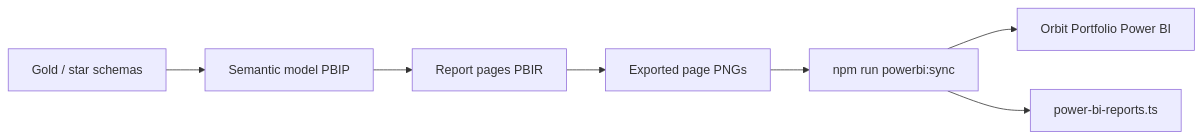
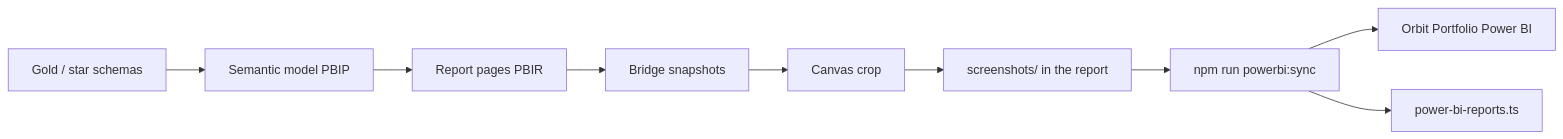
Before and after one commit to AlexTouvras/powerbi-portfolio: the diagram in docs/architecture/portfolio-pipeline.md, drawn with Mermaid. The commit also changed other lines of this file and 30 other files, not shown here.

````diff
--- a/docs/architecture/portfolio-pipeline.md
+++ b/docs/architecture/portfolio-pipeline.md
@@ -5,9 +5,11 @@
 ```mermaid
 flowchart LR
   Gold[Gold / star schemas] --> Model[Semantic model PBIP]
   Model --> Pages[Report pages PBIR]
-  Pages --> Shots[Exported page PNGs]
-  Shots --> Sync[npm run powerbi:sync]
+  Pages --> Shots[Bridge snapshots]
+  Shots --> Canvas[Canvas crop]
+  Canvas --> Repo[screenshots/ in the report]
+  Repo --> Sync[npm run powerbi:sync]
   Sync --> Orbit[Orbit Portfolio Power BI]
   Sync --> Meta[power-bi-reports.ts]
 ```
````
